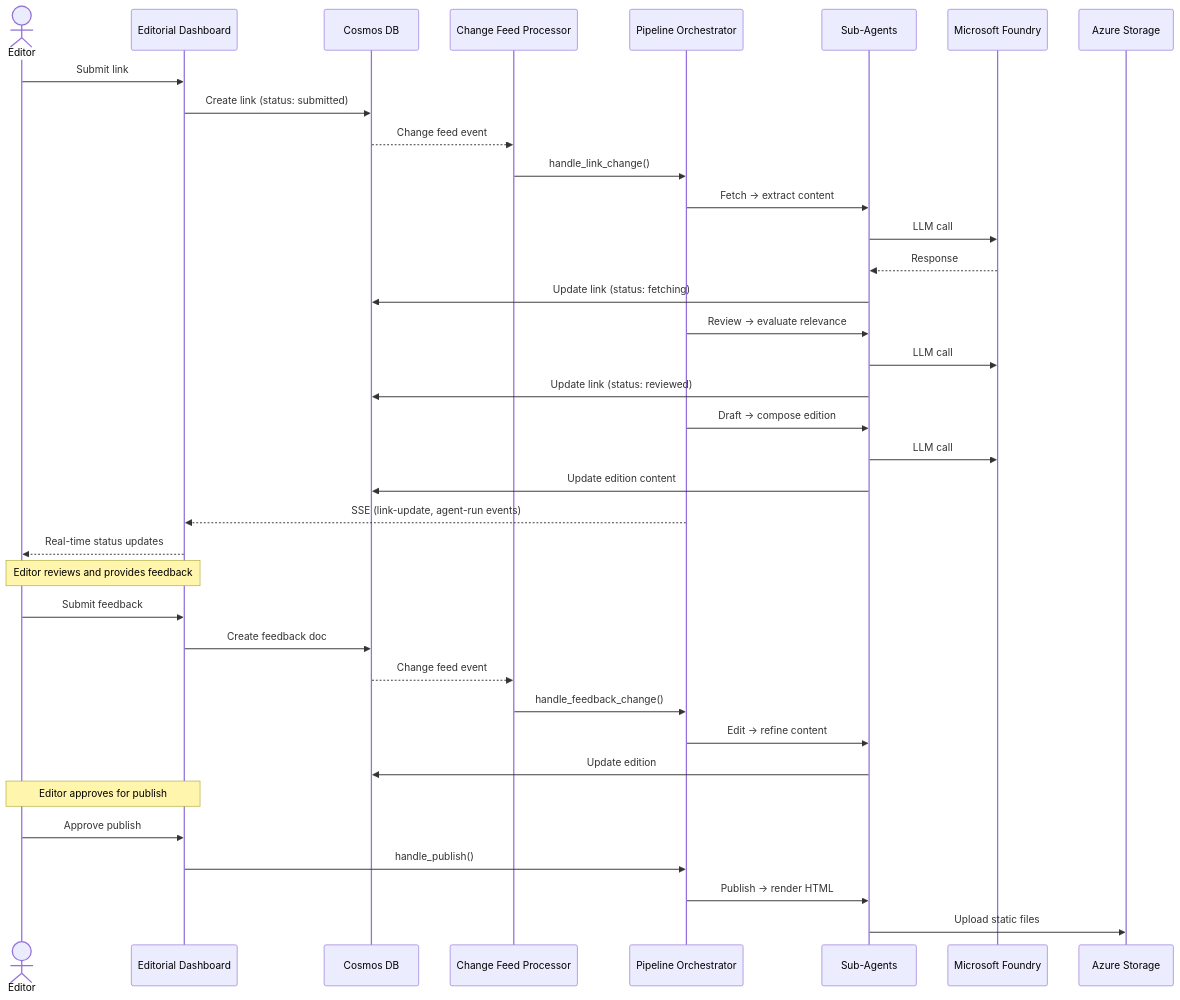
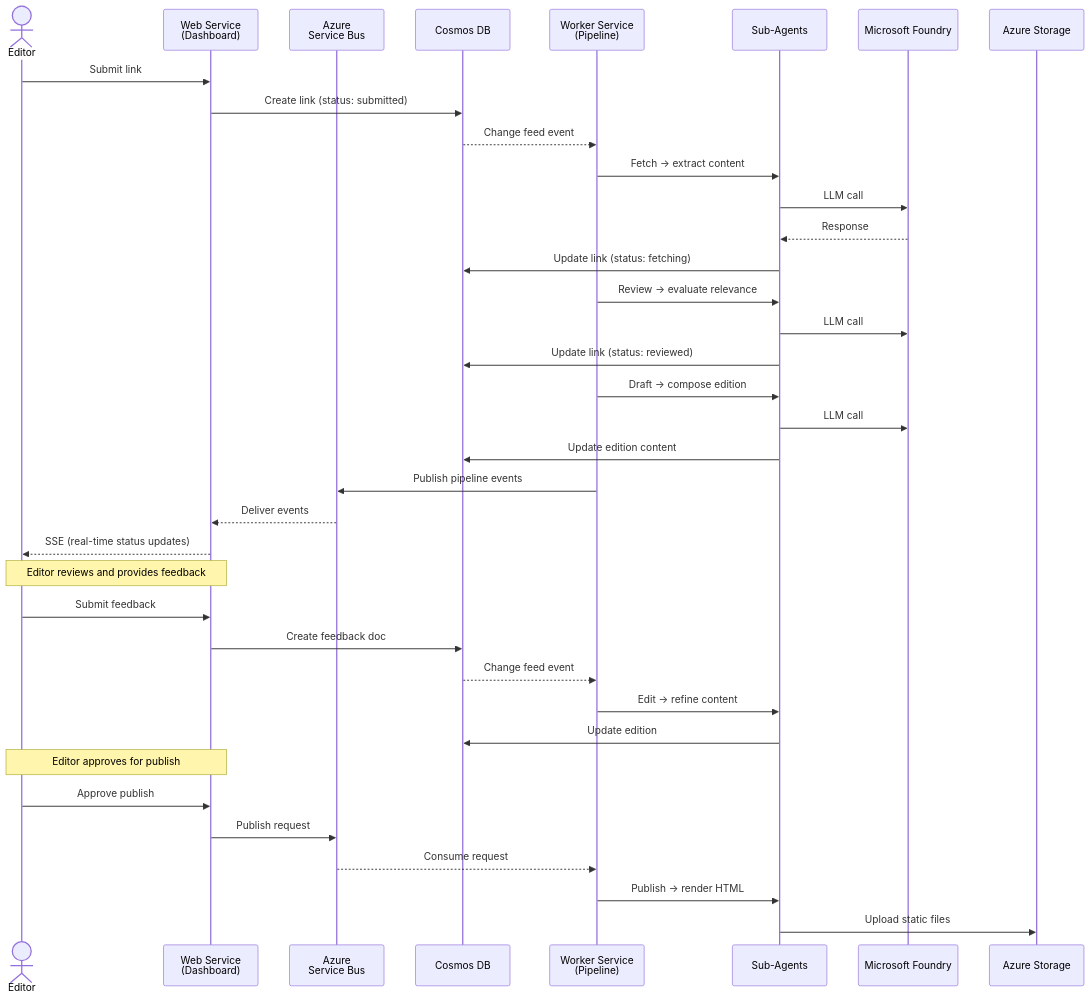
The fourth of 5 diagrams in docs/ARCHITECTURE.md (ljtill/agent-stack), drawn with Mermaid before and after one commit. The commit also changed other lines of this file and 253 other files, not shown here.

First line of the commit message:
Decompose monolith into web, worker, and common packages

````diff
--- a/docs/ARCHITECTURE.md
+++ b/docs/ARCHITECTURE.md
@@ -163,48 +190,48 @@
 ```mermaid
 sequenceDiagram
     actor Editor
-    participant Dashboard as Editorial Dashboard
+    participant Dashboard as Web Service<br/>(Dashboard)
+    participant ServiceBus as Azure<br/>Service Bus
     participant Cosmos as Cosmos DB
-    participant CFP as Change Feed Processor
-    participant Orch as Pipeline Orchestrator
+    participant Worker as Worker Service<br/>(Pipeline)
     participant Agents as Sub-Agents
     participant LLM as Microsoft Foundry
     participant Storage as Azure Storage
 
     Editor->>Dashboard: Submit link
     Dashboard->>Cosmos: Create link (status: submitted)
-    Cosmos-->>CFP: Change feed event
+    Cosmos-->>Worker: Change feed event
 
-    CFP->>Orch: handle_link_change()
-    Orch->>Agents: Fetch → extract content
+    Worker->>Agents: Fetch → extract content
     Agents->>LLM: LLM call
     LLM-->>Agents: Response
     Agents->>Cosmos: Update link (status: fetching)
 
-    Orch->>Agents: Review → evaluate relevance
+    Worker->>Agents: Review → evaluate relevance
     Agents->>LLM: LLM call
     Agents->>Cosmos: Update link (status: reviewed)
 
-    Orch->>Agents: Draft → compose edition
+    Worker->>Agents: Draft → compose edition
     Agents->>LLM: LLM call
     Agents->>Cosmos: Update edition content
 
-    Orch-->>Dashboard: SSE (link-update, agent-run events)
-    Dashboard-->>Editor: Real-time status updates
+    Worker->>ServiceBus: Publish pipeline events
+    ServiceBus-->>Dashboard: Deliver events
+    Dashboard-->>Editor: SSE (real-time status updates)
 
     Note over Editor,Dashboard: Editor reviews and provides feedback
 
     Editor->>Dashboard: Submit feedback
     Dashboard->>Cosmos: Create feedback doc
-    Cosmos-->>CFP: Change feed event
-    CFP->>Orch: handle_feedback_change()
-    Orch->>Agents: Edit → refine content
+    Cosmos-->>Worker: Change feed event
+    Worker->>Agents: Edit → refine content
     Agents->>Cosmos: Update edition
 
     Note over Editor,Dashboard: Editor approves for publish
 
     Editor->>Dashboard: Approve publish
-    Dashboard->>Orch: handle_publish()
-    Orch->>Agents: Publish → render HTML
+    Dashboard->>ServiceBus: Publish request
+    ServiceBus-->>Worker: Consume request
+    Worker->>Agents: Publish → render HTML
     Agents->>Storage: Upload static files
 ```
````
